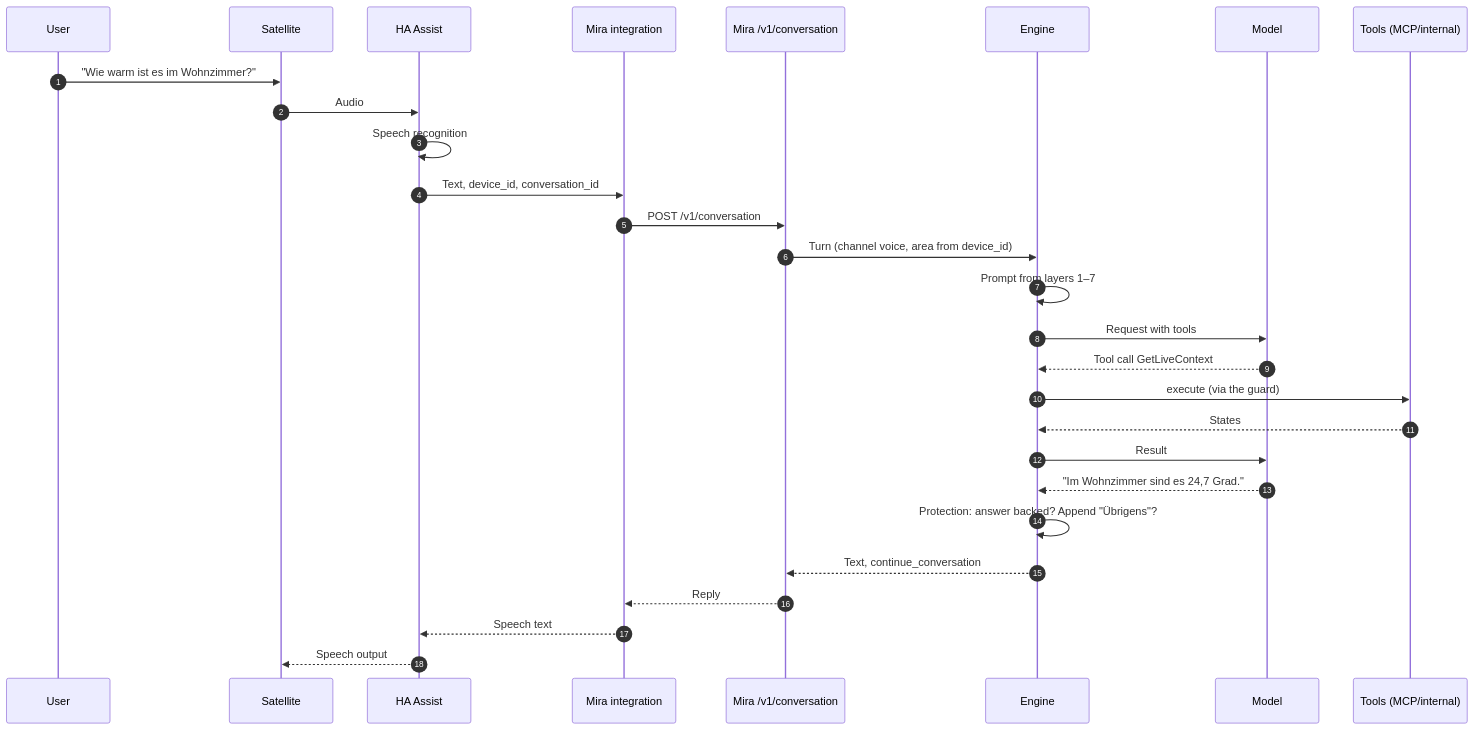
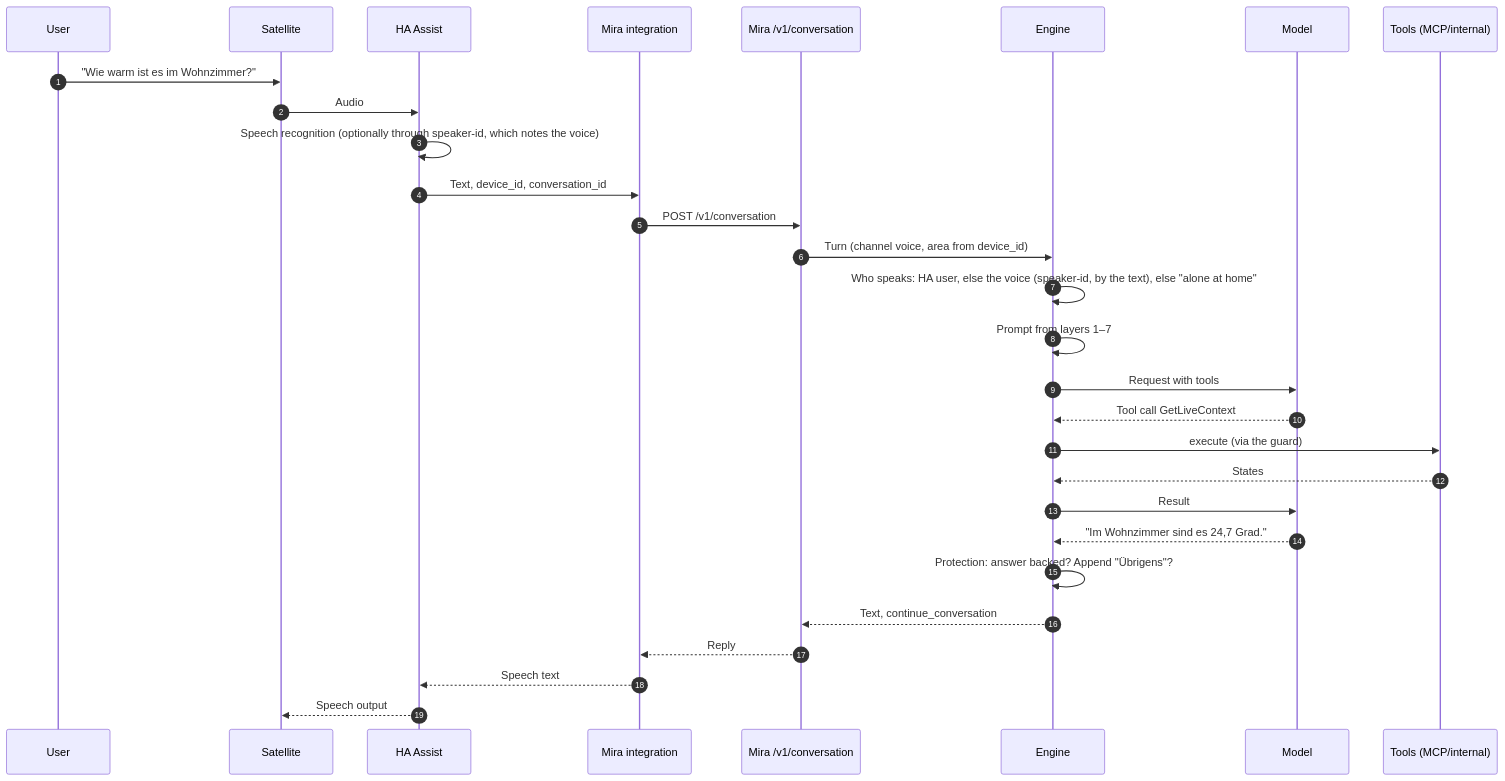
One commit to miraassist/mira changed the second of 6 diagrams in docs/system.md. Above: the diagram before and after it, drawn with Mermaid. The commit also changed other lines of this file and 6 other files, not shown here.

First line of the commit message:
Speaker recognition is optional, and documented

````diff
--- a/docs/system.md
+++ b/docs/system.md
@@ -107,31 +109,32 @@
 ```mermaid
 sequenceDiagram
     autonumber
     participant U as User
     participant S as Satellite
     participant HA as HA Assist
     participant I as Mira integration
     participant A as Mira /v1/conversation
     participant E as Engine
     participant M as Model
     participant T as Tools (MCP/internal)
 
     U->>S: "Wie warm ist es im Wohnzimmer?"
     S->>HA: Audio
-    HA->>HA: Speech recognition
+    HA->>HA: Speech recognition (optionally through speaker-id, which notes the voice)
     HA->>I: Text, device_id, conversation_id
     I->>A: POST /v1/conversation
     A->>E: Turn (channel voice, area from device_id)
+    E->>E: Who speaks: HA user, else the voice (speaker-id, by the text), else "alone at home"
     E->>E: Prompt from layers 1–7
     E->>M: Request with tools
     M-->>E: Tool call GetLiveContext
     E->>T: execute (via the guard)
     T-->>E: States
     E->>M: Result
     M-->>E: "Im Wohnzimmer sind es 24,7 Grad."
     E->>E: Protection: answer backed? Append "Übrigens"?
     E-->>A: Text, continue_conversation
     A-->>I: Reply
     I-->>HA: Speech text
     HA-->>S: Speech output
 ```
````
